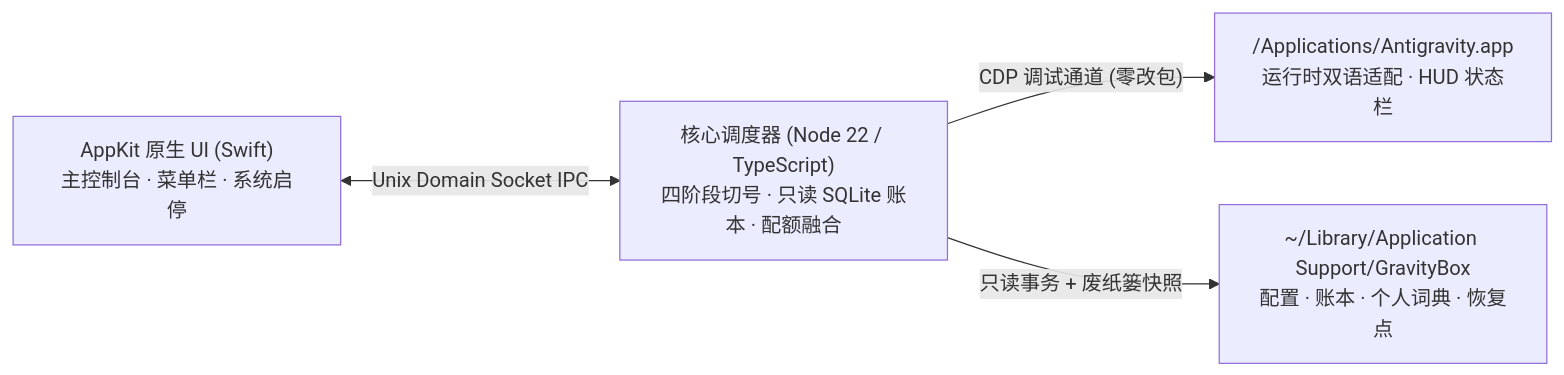
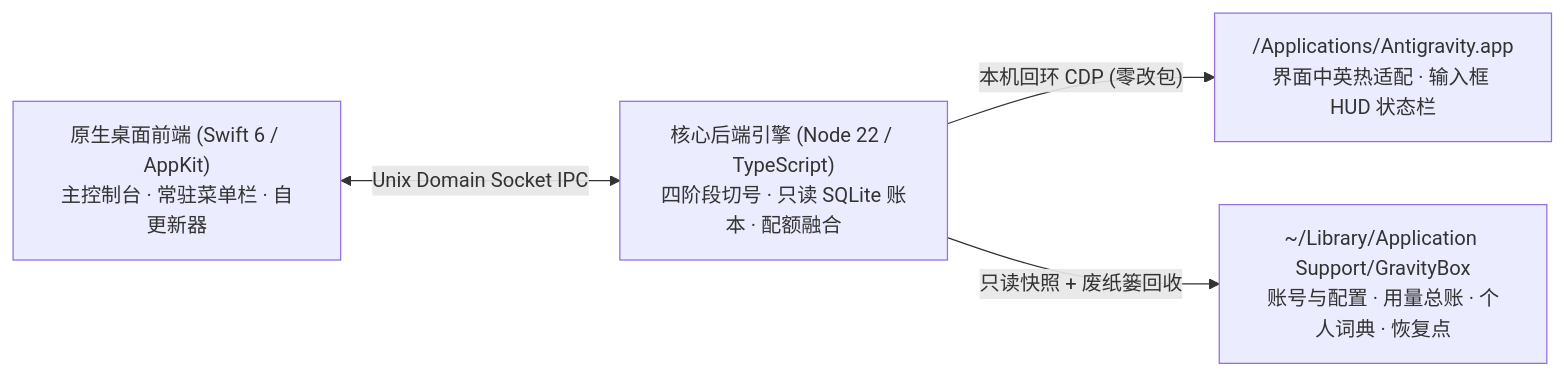
The diagram in README.md (Citrus0914/gravitybox-windows), drawn with Mermaid before and after one commit. The commit also changed other lines of this file and 1 other file, not shown here.

````diff
--- a/README.md
+++ b/README.md
@@ -244,6 +390,6 @@
 ```mermaid
 flowchart LR
-  UI["AppKit 原生 UI (Swift)<br/>主控制台 · 菜单栏 · 系统启停"] <-->|"Unix Domain Socket IPC"| Core["核心调度器 (Node 22 / TypeScript)<br/>四阶段切号 · 只读 SQLite 账本 · 配额融合"]
-  Core -->|"CDP 调试通道 (零改包)"| IDE["/Applications/Antigravity.app<br/>运行时双语适配 · HUD 状态栏"]
-  Core -->|"只读事务 + 废纸篓快照"| Local["~/Library/Application Support/GravityBox<br/>配置 · 账本 · 个人词典 · 恢复点"]
+  UI["原生桌面前端 (Swift 6 / AppKit)<br/>主控制台 · 常驻菜单栏 · 自更新器"] <-->|"Unix Domain Socket IPC"| Core["核心后端引擎 (Node 22 / TypeScript)<br/>四阶段切号 · 只读 SQLite 账本 · 配额融合"]
+  Core -->|"本机回环 CDP (零改包)"| IDE["/Applications/Antigravity.app<br/>界面中英热适配 · 输入框 HUD 状态栏"]
+  Core -->|"只读快照 + 废纸篓回收"| Local["~/Library/Application Support/GravityBox<br/>账号与配置 · 用量总账 · 个人词典 · 恢复点"]
 ```
````
